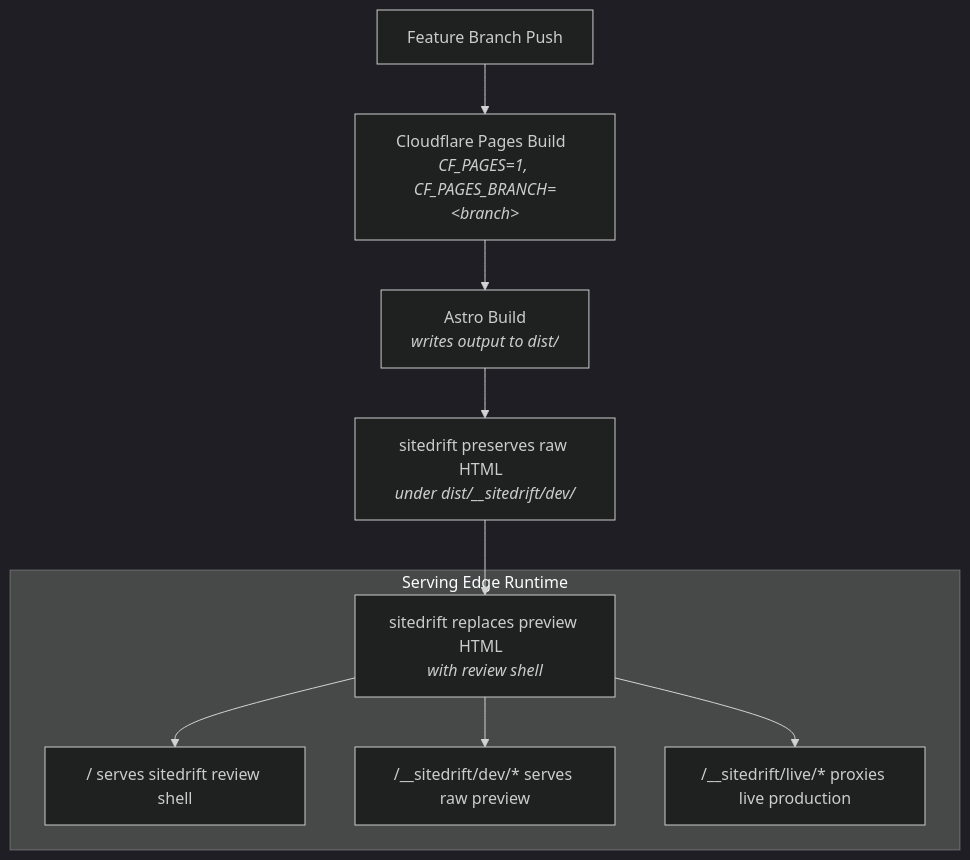
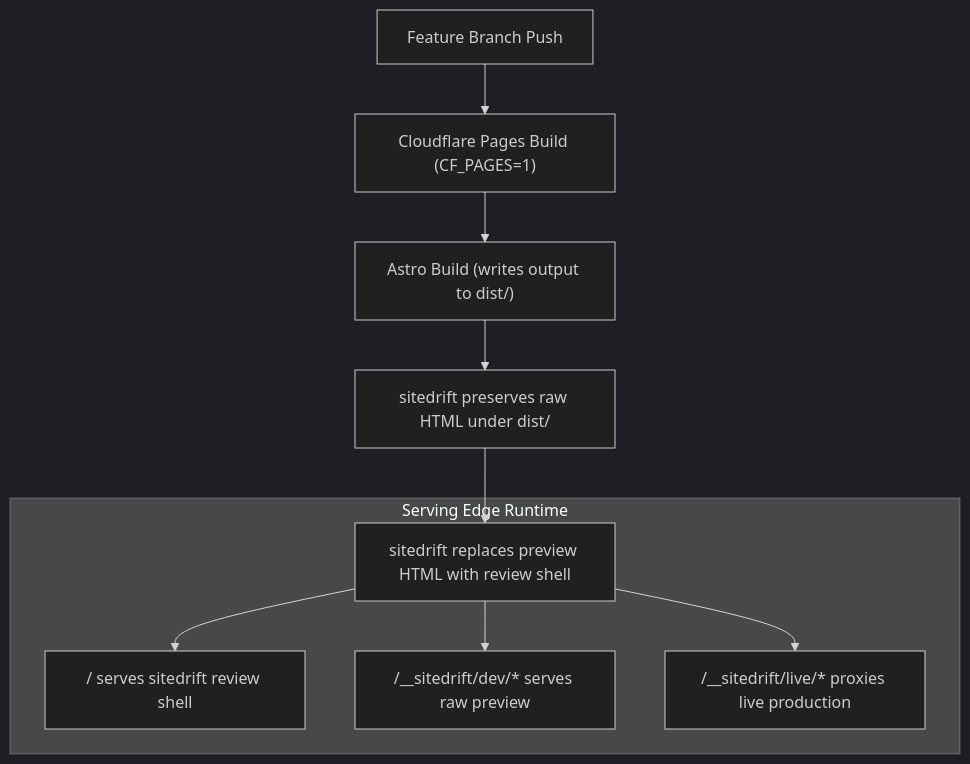
The diagram in docs/Deployment-Preview-Review.md (joeseverino/jseverino.com), drawn with Mermaid (dark theme) before and after one commit. The commit also changed 6 other files, not shown here.

First line of the commit message:
doc: restore stable graph syntax and remove HTML tags from Mermaid

````diff
--- a/docs/Deployment-Preview-Review.md
+++ b/docs/Deployment-Preview-Review.md
@@ -142,13 +142,13 @@
 ```mermaid
-flowchart TD
-    Push["Feature Branch Push  "] --> CF["Cloudflare Pages Build  <br/><i>CF_PAGES=1, CF_PAGES_BRANCH=&lt;branch&gt;</i>  "]
-    CF --> Astro["Astro Build  <br/><i>writes output to dist/</i>  "]
-    Astro --> SD_Preserve["sitedrift preserves raw HTML  <br/><i>under dist/__sitedrift/dev/</i>  "]
-    SD_Preserve --> SD_Replace["sitedrift replaces preview HTML  <br/><i>with review shell</i>  "]
+graph TD
+    Push["Feature Branch Push  "] --> CF["Cloudflare Pages Build (CF_PAGES=1)  "]
+    CF --> Astro["Astro Build (writes output to dist/)  "]
+    Astro --> SD_Preserve["sitedrift preserves raw HTML under dist/  "]
+    SD_Preserve --> SD_Replace["sitedrift replaces preview HTML with review shell  "]
 
     subgraph Serving Edge Runtime
         SD_Replace --> Edge_Shell["/ serves sitedrift review shell  "]
         SD_Replace --> Edge_Dev["/__sitedrift/dev/* serves raw preview  "]
         SD_Replace --> Edge_Live["/__sitedrift/live/* proxies live production  "]
     end
 ```
````
